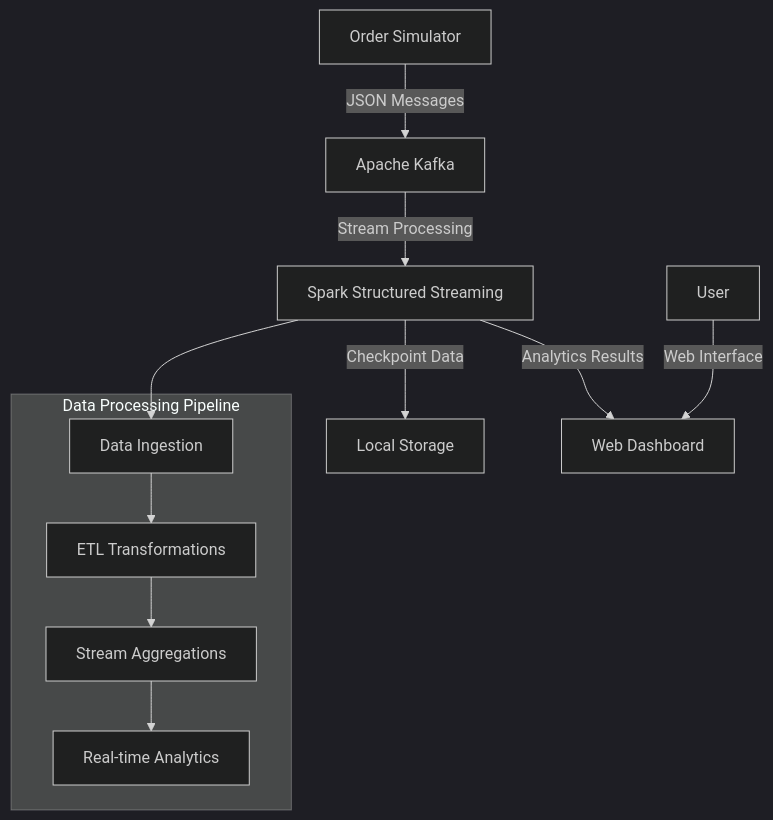
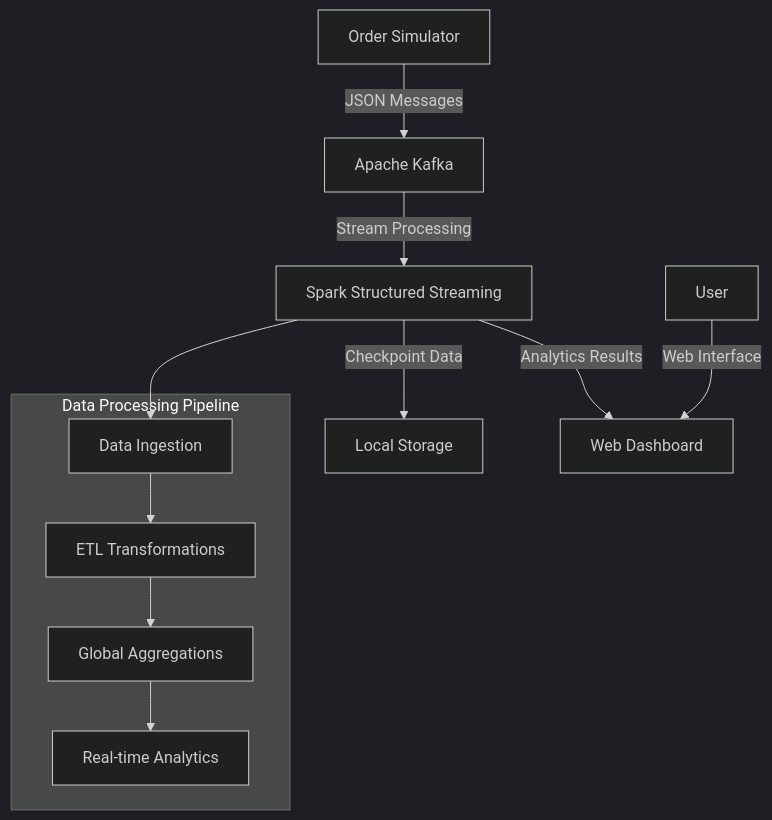
The first of 2 diagrams in TECHNICAL_DOCS.md (NatanTulo/ASEED), drawn with Mermaid (dark theme) before and after one commit. The commit also changed other lines of this file and 1 other file, not shown here.

````diff
--- a/TECHNICAL_DOCS.md
+++ b/TECHNICAL_DOCS.md
@@ -5,16 +5,16 @@
 ```mermaid
 graph TD
     A[Order Simulator] -->|JSON Messages| B[Apache Kafka]
     B -->|Stream Processing| C[Spark Structured Streaming]
     C -->|Analytics Results| D[Web Dashboard]
     C -->|Checkpoint Data| E[Local Storage]
     F[User] -->|Web Interface| D
     
     subgraph "Data Processing Pipeline"
         C1[Data Ingestion] --> C2[ETL Transformations]
-        C2 --> C3[Stream Aggregations] 
+        C2 --> C3[Global Aggregations] 
         C3 --> C4[Real-time Analytics]
     end
     
     C --> C1
 ```
````
